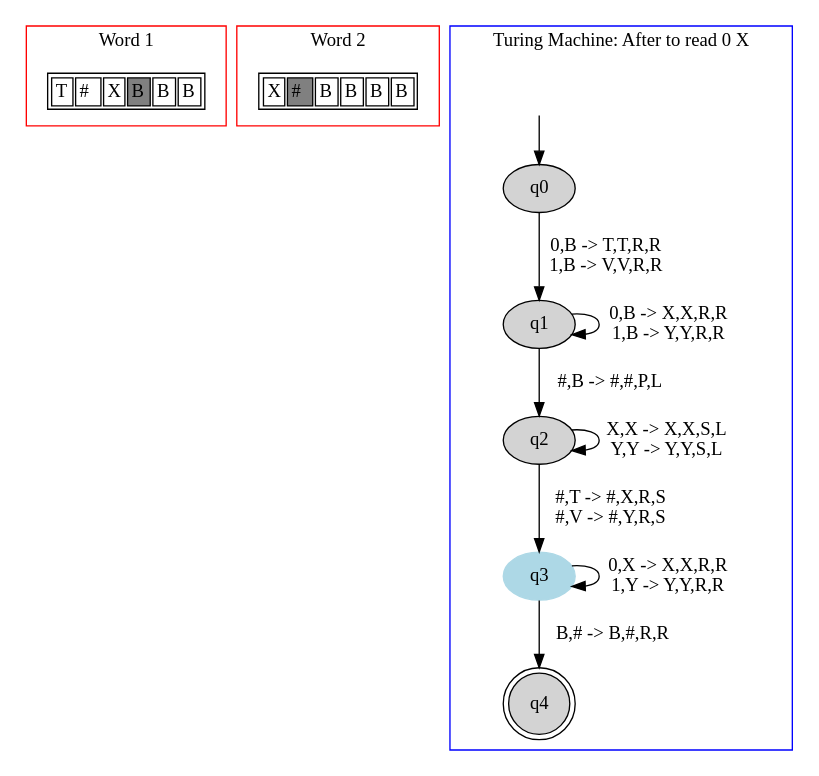
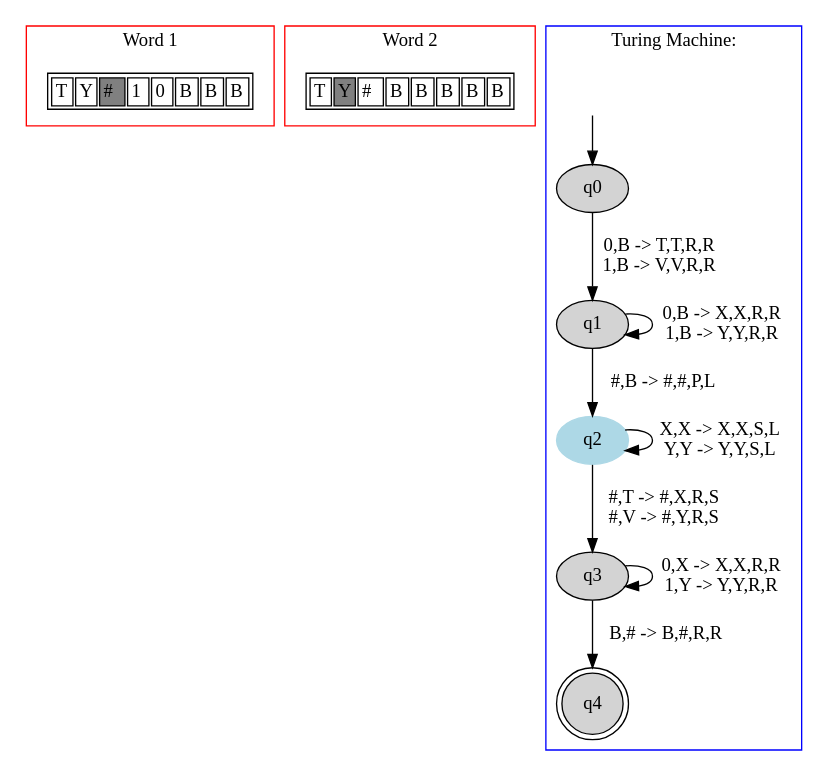
Before and after one commit to danielScLima/turing_machine_2_fitas: the diagram in TM2FITAS/images/file5.dot, drawn with Graphviz. The commit also changed 14 other files, not shown here.

```diff
--- a/TM2FITAS/images/file5.dot
+++ b/TM2FITAS/images/file5.dot
@@ -1,58 +1,62 @@
 digraph G {
 	subgraph cluster_0 {
 		node [shape=plaintext];
 
 struct1 [label=<<TABLE>
 <TR>
 <TD><FONT>T</FONT></TD>
-<TD><FONT>#</FONT></TD>
-<TD><FONT>X</FONT></TD>
-<TD BGCOLOR="gray"><FONT>B</FONT></TD>
+<TD><FONT>Y</FONT></TD>
+<TD BGCOLOR="gray"><FONT>#</FONT></TD>
+<TD><FONT>1</FONT></TD>
+<TD><FONT>0</FONT></TD>
+<TD><FONT>B</FONT></TD>
 <TD><FONT>B</FONT></TD>
 <TD><FONT>B</FONT></TD>
 </TR>
 </TABLE>>];
 label = "Word 1";
 color=red;
 }
 	subgraph cluster_2 {
 		node [shape=plaintext];
 
 struct2 [label=<<TABLE>
 <TR>
-<TD><FONT>X</FONT></TD>
-<TD BGCOLOR="gray"><FONT>#</FONT></TD>
+<TD><FONT>T</FONT></TD>
+<TD BGCOLOR="gray"><FONT>Y</FONT></TD>
+<TD><FONT>#</FONT></TD>
+<TD><FONT>B</FONT></TD>
 <TD><FONT>B</FONT></TD>
 <TD><FONT>B</FONT></TD>
 <TD><FONT>B</FONT></TD>
 <TD><FONT>B</FONT></TD>
 </TR>
 </TABLE>>];
 label = "Word 2";
 color=red;
 }
 	subgraph cluster_1 {
 		node [style=filled];
-		label = "Turing Machine: After to read 0 X"
+		label = "Turing Machine: "
 		color=blue;
 
 		q0;
 		q1;
-		q2;
-		q3 [color="lightblue"];
+		q2 [color="lightblue"];
+		q3;
 		q4 [shape="doublecircle"];
 		q0->q1[label="0,B -> T,T,R,R
 1,B -> V,V,R,R"];
 		q1->q1[label="0,B -> X,X,R,R
 1,B -> Y,Y,R,R"];
 		q1->q2[label="#,B -> #,#,P,L"];
 		q2->q2[label="X,X -> X,X,S,L
 Y,Y -> Y,Y,S,L"];
 		q2->q3[label="#,T -> #,X,R,S
 #,V -> #,Y,R,S"];
 		q3->q3[label="0,X -> X,X,R,R
 1,Y -> Y,Y,R,R"];
 		q3->q4[label="B,# -> B,#,R,R"];
 x [color=white, label=""];		x->q0	}
 
 }
```
